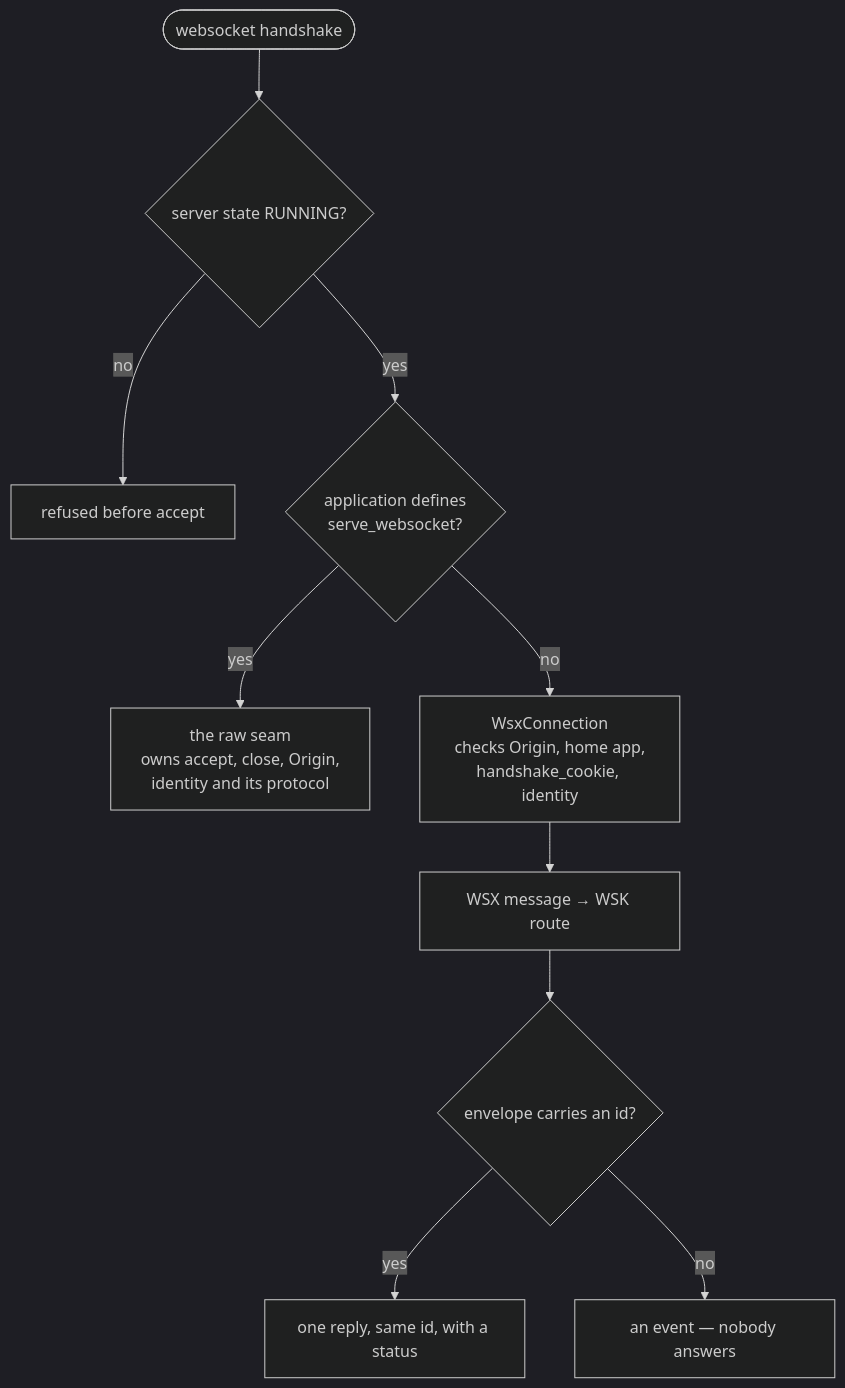
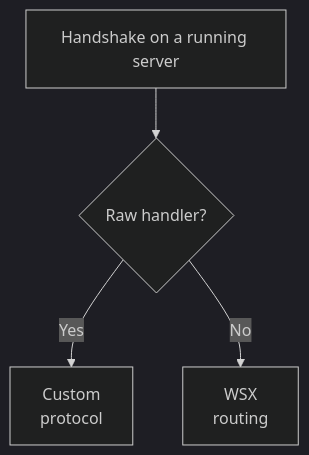
The diagram in docs/guides/websockets.md (kajenn-org/kajenn), drawn with Mermaid (dark theme) before and after one commit. The commit also changed other lines of this file and 5 other files, not shown here.

Commit message:
docs: make architecture diagrams and explanations readable

````diff
--- a/docs/guides/websockets.md
+++ b/docs/guides/websockets.md
@@ -9,12 +9,6 @@
 ```mermaid
 flowchart TD
-    hs([websocket handshake]) --> gate{"server state RUNNING?"}
-    gate -- no --> refuse["refused before accept"]
-    gate -- yes --> owner{"application defines<br/>serve_websocket?"}
-    owner -- yes --> raw["the raw seam<br/>owns accept, close, Origin,<br/>identity and its protocol"]
-    owner -- no --> wsx["WsxConnection<br/>checks Origin, home app,<br/>handshake_cookie, identity"]
-    wsx --> msg["WSX message → WSK route"]
-    msg --> idq{"envelope carries an id?"}
-    idq -- yes --> reply["one reply, same id, with a status"]
-    idq -- no --> none["an event — nobody answers"]
+    handshake["Handshake on a running server"] --> owner{"Raw handler?"}
+    owner -->|Yes| raw["Custom<br/>protocol"]
+    owner -->|No| wsx["WSX<br/>routing"]
 ```
````
